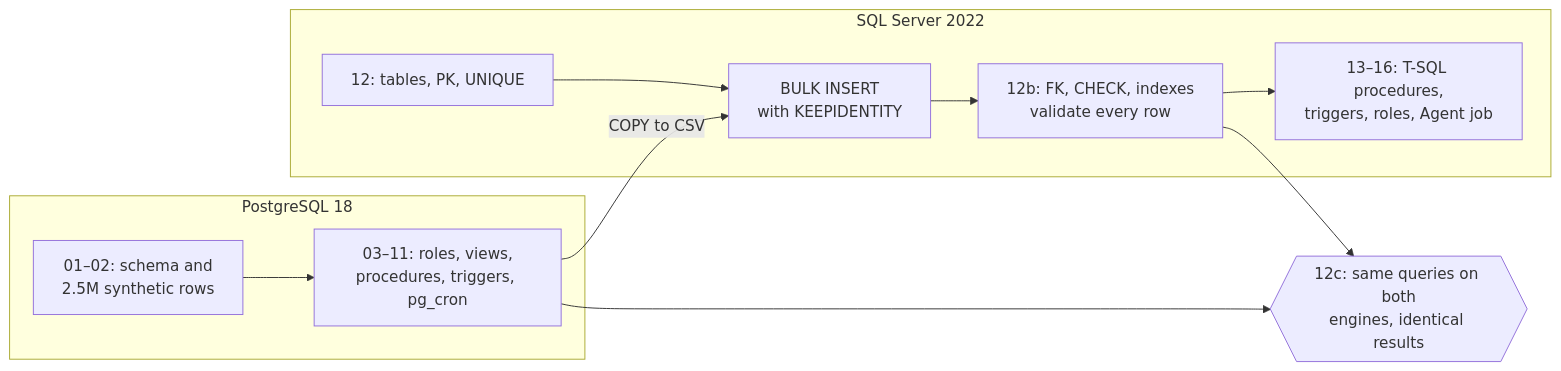
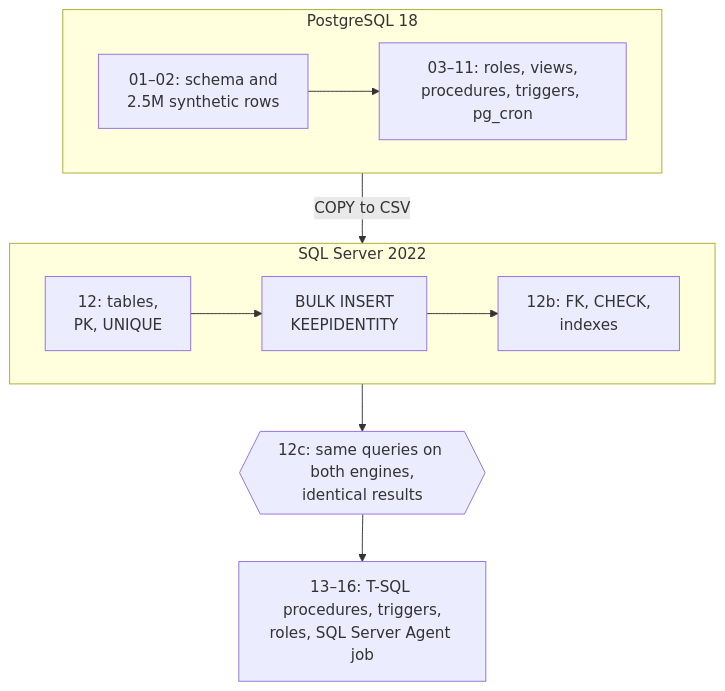
The diagram in README.md (cienkowd/streamos-database), drawn with Mermaid before and after one commit.

Commit message:
Lay out the migration diagram vertically so it stays readable

````diff
--- a/README.md
+++ b/README.md
@@ -51,14 +51,14 @@
 ```mermaid
-flowchart LR
+flowchart TB
     subgraph PG["PostgreSQL 18"]
+        direction LR
         A["01–02: schema and<br/>2.5M synthetic rows"] --> B["03–11: roles, views,<br/>procedures, triggers, pg_cron"]
     end
     subgraph MS["SQL Server 2022"]
-        C["12: tables, PK, UNIQUE"] --> D["BULK INSERT<br/>with KEEPIDENTITY"]
-        D --> E["12b: FK, CHECK, indexes<br/>validate every row"]
-        E --> F["13–16: T-SQL procedures,<br/>triggers, roles, Agent job"]
+        direction LR
+        C["12: tables,<br/>PK, UNIQUE"] --> D["BULK INSERT<br/>KEEPIDENTITY"] --> E["12b: FK, CHECK,<br/>indexes"]
     end
-    B -- "COPY to CSV" --> D
-    E --> G{{"12c: same queries on both<br/>engines, identical results"}}
-    B --> G
+    PG -- "COPY to CSV" --> MS
+    MS --> G{{"12c: same queries on both engines,<br/>identical results"}}
+    G --> F["13–16: T-SQL procedures, triggers,<br/>roles, SQL Server Agent job"]
 ```
````
